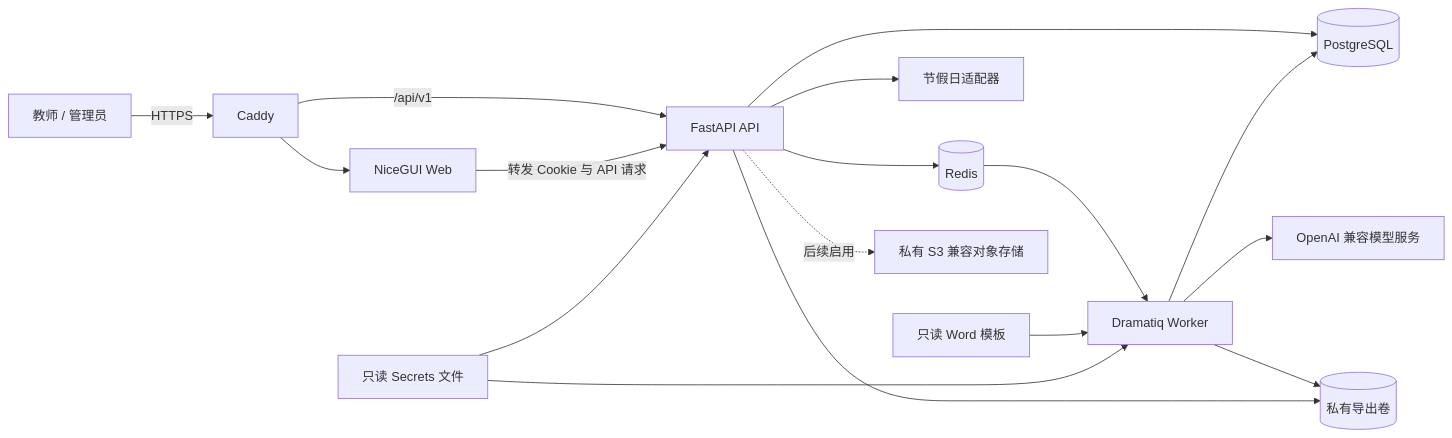
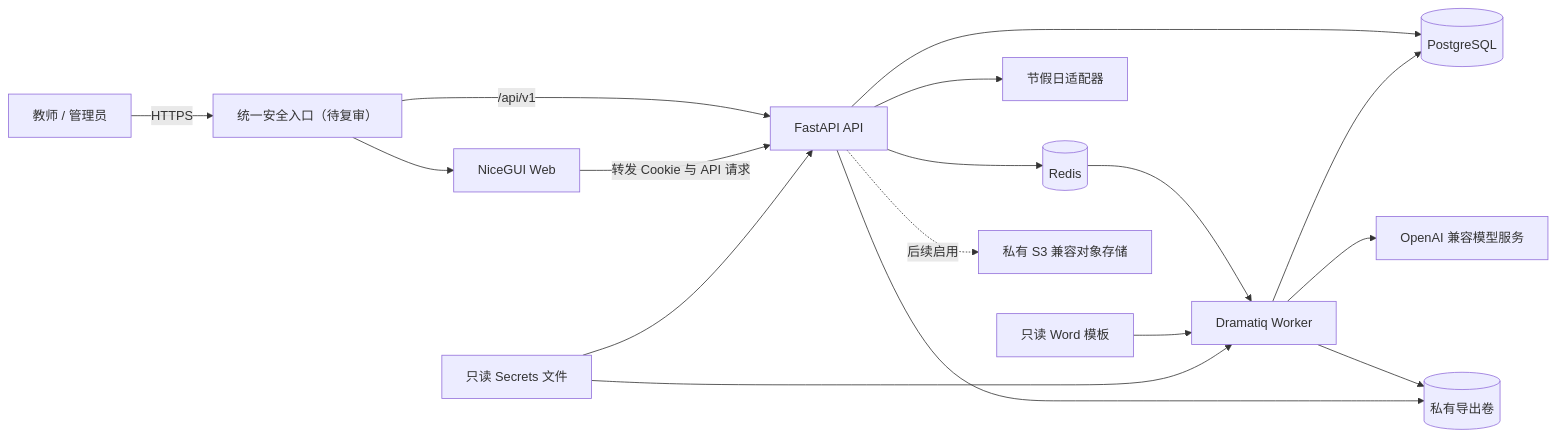
One commit to ywyz/child-manager changed the first of 2 diagrams in docs/design/system-architecture.md. Above: the diagram before and after it, drawn with Mermaid. The commit also changed other lines of this file and 52 other files, not shown here.

````diff
--- a/docs/design/system-architecture.md
+++ b/docs/design/system-architecture.md
@@ -49,22 +49,22 @@
 ```mermaid
 flowchart LR
-    U[教师 / 管理员] -->|HTTPS| C[Caddy]
+    U[教师 / 管理员] -->|HTTPS| C[统一安全入口（待复审）]
     C --> W[NiceGUI Web]
     C -->|/api/v1| A[FastAPI API]
     W -->|转发 Cookie 与 API 请求| A
 
     A --> P[(PostgreSQL)]
     A --> R[(Redis)]
     R --> D[Dramatiq Worker]
     D --> P
     D --> AI[OpenAI 兼容模型服务]
     A --> H[节假日适配器]
 
     D --> V[(私有导出卷)]
     A --> V
     T[只读 Word 模板] --> D
     S[只读 Secrets 文件] --> A
     S --> D
 
     A -. 后续启用 .-> O[私有 S3 兼容对象存储]
 ```
````
